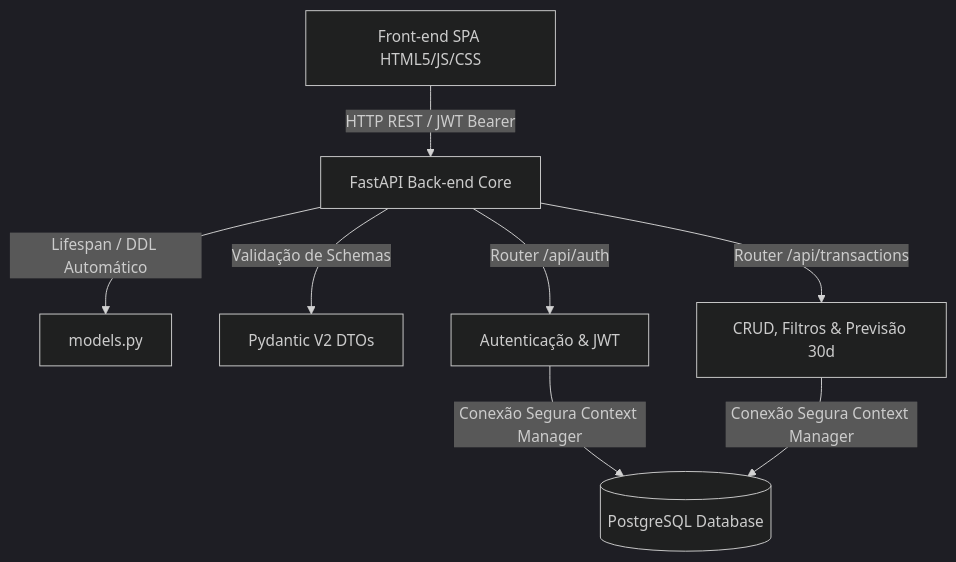
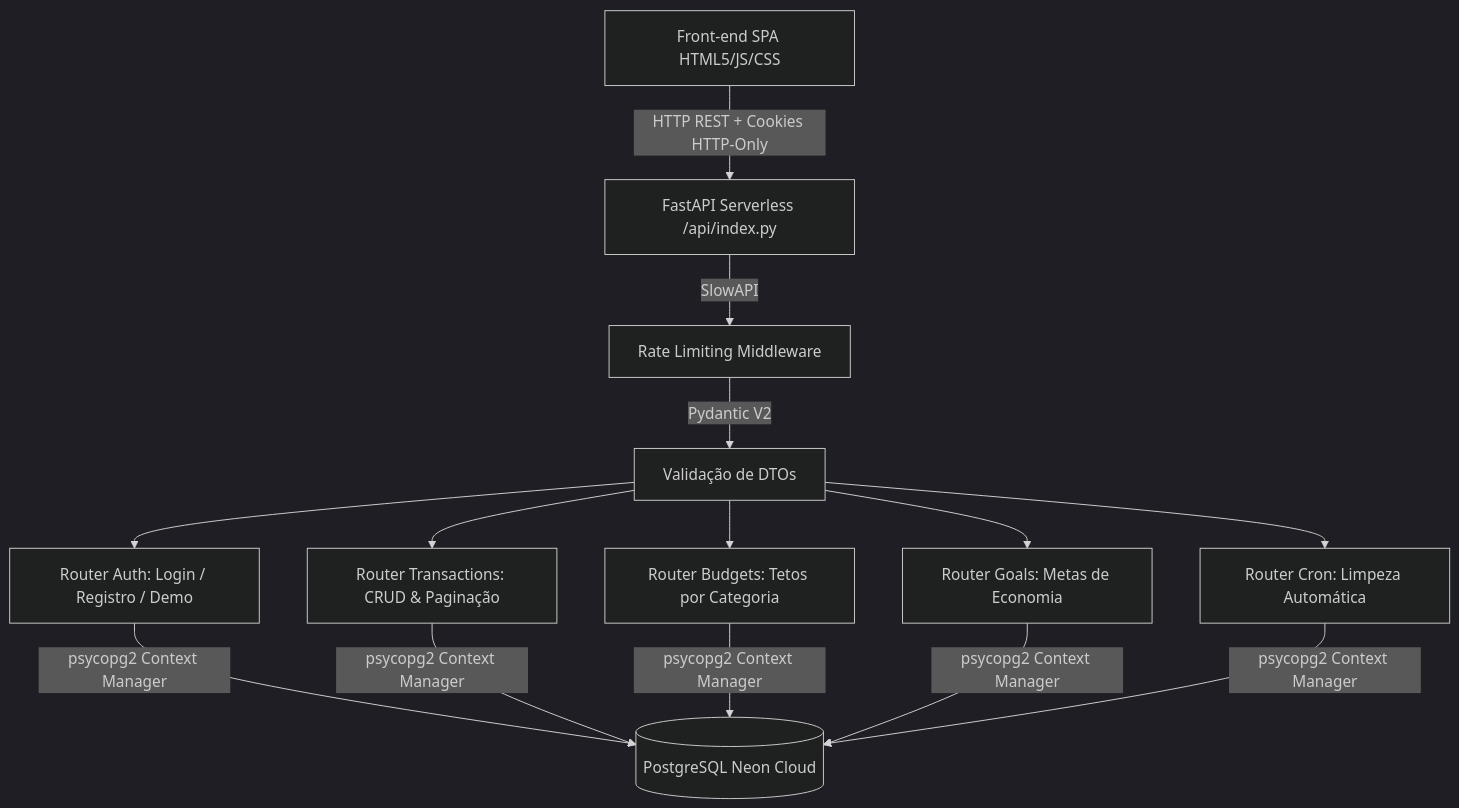
The diagram in README.md (nikolasmrt/finance-tracker), drawn with Mermaid (dark theme) before and after one commit. The commit also changed other lines of this file and 21 other files, not shown here.

First line of the commit message:
feat: preparar projeto para Vercel com Modo Demo, Cookies HttpOnly, Metas, Orcamentos e Neon DB (v2.1)

````diff
--- a/README.md
+++ b/README.md
@@ -35,9 +56,12 @@
 ```mermaid
 graph TD
-    A[Front-end SPA HTML5/JS/CSS] -->|HTTP REST / JWT Bearer| B[FastAPI Back-end Core]
-    B -->|Lifespan / DDL Automático| C[models.py]
-    B -->|Validação de Schemas| D[Pydantic V2 DTOs]
-    B -->|Router /api/auth| E[Autenticação & JWT]
-    B -->|Router /api/transactions| F[CRUD, Filtros & Previsão 30d]
-    E & F -->|Conexão Segura Context Manager| G[(PostgreSQL Database)]
+    A[Front-end SPA HTML5/JS/CSS] -->|HTTP REST + Cookies HTTP-Only| B[FastAPI Serverless /api/index.py]
+    B -->|SlowAPI| R[Rate Limiting Middleware]
+    R -->|Pydantic V2| S[Validação de DTOs]
+    S --> C[Router Auth: Login / Registro / Demo]
+    S --> D[Router Transactions: CRUD & Paginação]
+    S --> E[Router Budgets: Tetos por Categoria]
+    S --> F[Router Goals: Metas de Economia]
+    S --> G[Router Cron: Limpeza Automática]
+    C & D & E & F & G -->|psycopg2 Context Manager| H[(PostgreSQL Neon Cloud)]
 ```
````
